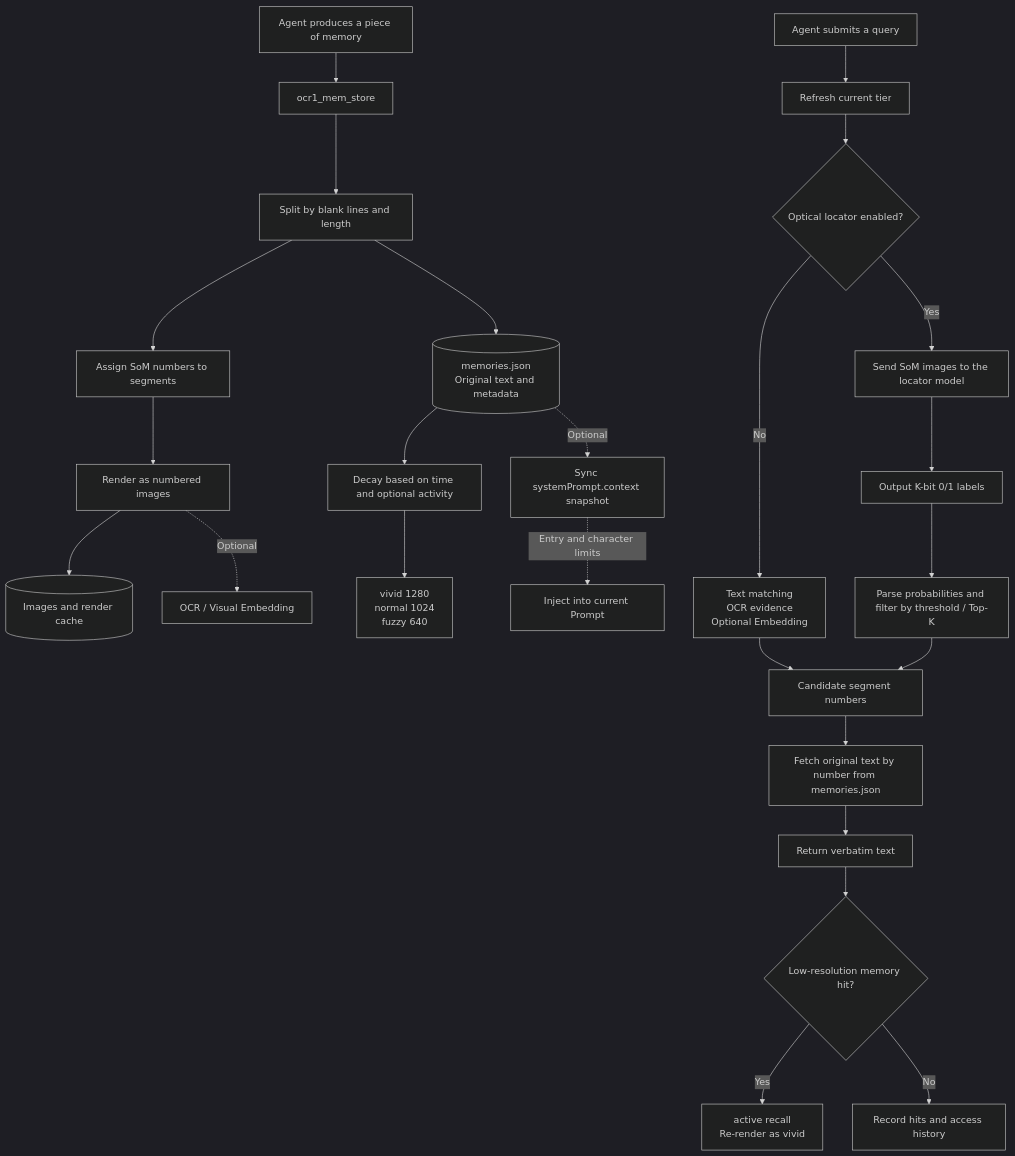
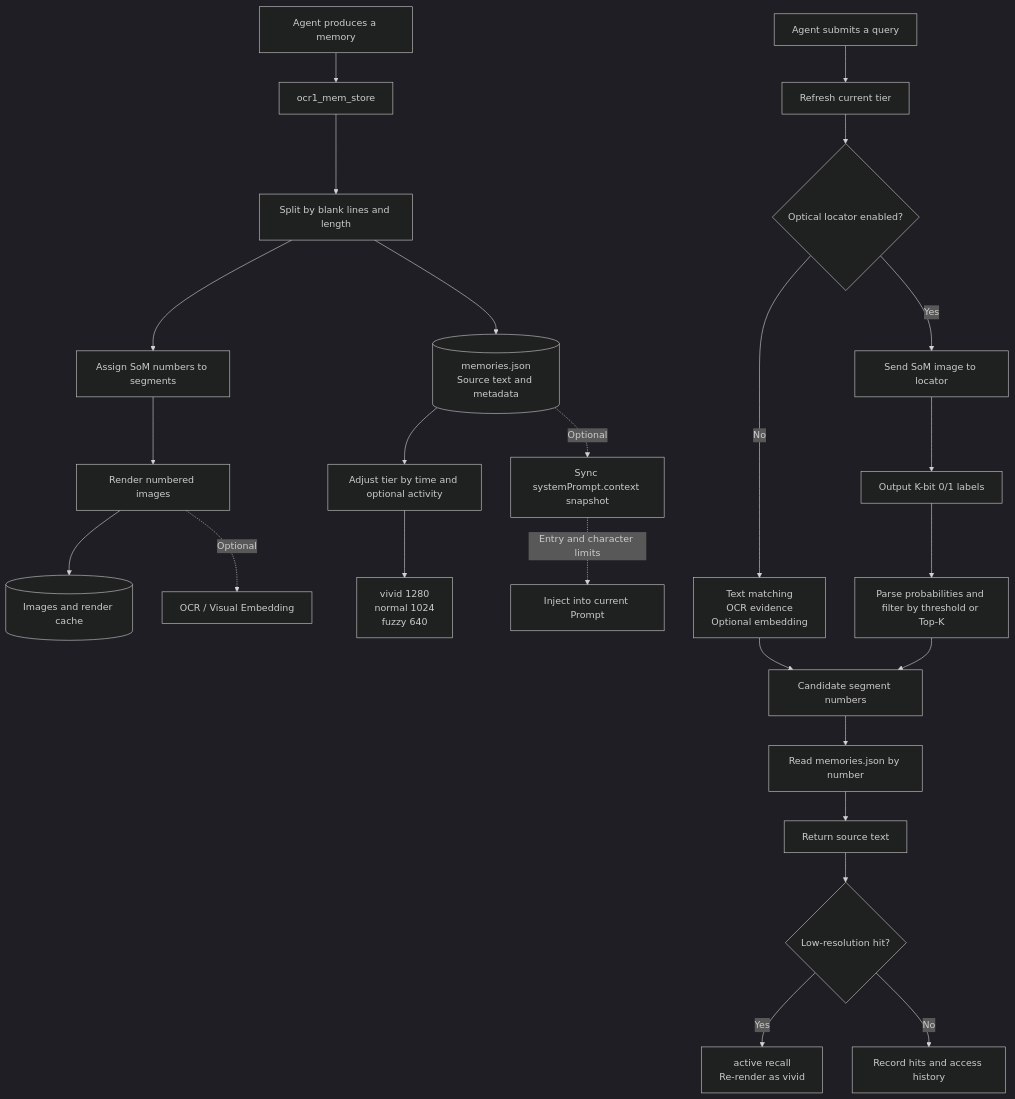
The diagram in docs_en/OPTICAL_MEMORY_WORKFLOW.md (DDDFXYqiming/dsh-ocr1-memory), drawn with Mermaid (dark theme) before and after one commit. The commit also changed other lines of this file and 3 other files, not shown here.

````diff
--- a/docs_en/OPTICAL_MEMORY_WORKFLOW.md
+++ b/docs_en/OPTICAL_MEMORY_WORKFLOW.md
@@ -20,30 +16,27 @@
 ```mermaid
 flowchart TD
-    A[Agent produces a piece of memory] --> B[ocr1_mem_store]
+    A[Agent produces a memory] --> B[ocr1_mem_store]
     B --> C[Split by blank lines and length]
     C --> D[Assign SoM numbers to segments]
-    D --> E[Render as numbered images]
-    C --> F[(memories.json<br/>Original text and metadata)]
+    D --> E[Render numbered images]
+    C --> F[(memories.json<br/>Source text and metadata)]
     E --> G[(Images and render cache)]
     E -.Optional.-> H[OCR / Visual Embedding]
-
-    F --> I[Decay based on time and optional activity]
+    F --> I[Adjust tier by time and optional activity]
     I --> J[vivid 1280<br/>normal 1024<br/>fuzzy 640]
-
     Q[Agent submits a query] --> R[Refresh current tier]
     R --> S{Optical locator enabled?}
-    S -- No --> T[Text matching<br/>OCR evidence<br/>Optional Embedding]
-    S -- Yes --> U[Send SoM images to the locator model]
+    S -- No --> T[Text matching<br/>OCR evidence<br/>Optional embedding]
+    S -- Yes --> U[Send SoM image to locator]
     U --> V[Output K-bit 0/1 labels]
-    V --> W[Parse probabilities and filter by threshold / Top-K]
+    V --> W[Parse probabilities and filter by threshold or Top-K]
     T --> X[Candidate segment numbers]
     W --> X
-    X --> Y[Fetch original text by number from memories.json]
-    Y --> Z[Return verbatim text]
-    Z --> AA{Low-resolution memory hit?}
+    X --> Y[Read memories.json by number]
+    Y --> Z[Return source text]
+    Z --> AA{Low-resolution hit?}
     AA -- Yes --> AB[active recall<br/>Re-render as vivid]
     AA -- No --> AC[Record hits and access history]
-
     F -.Optional.-> AD[Sync systemPrompt.context snapshot]
     AD -.Entry and character limits.-> AE[Inject into current Prompt]
 ```
````
